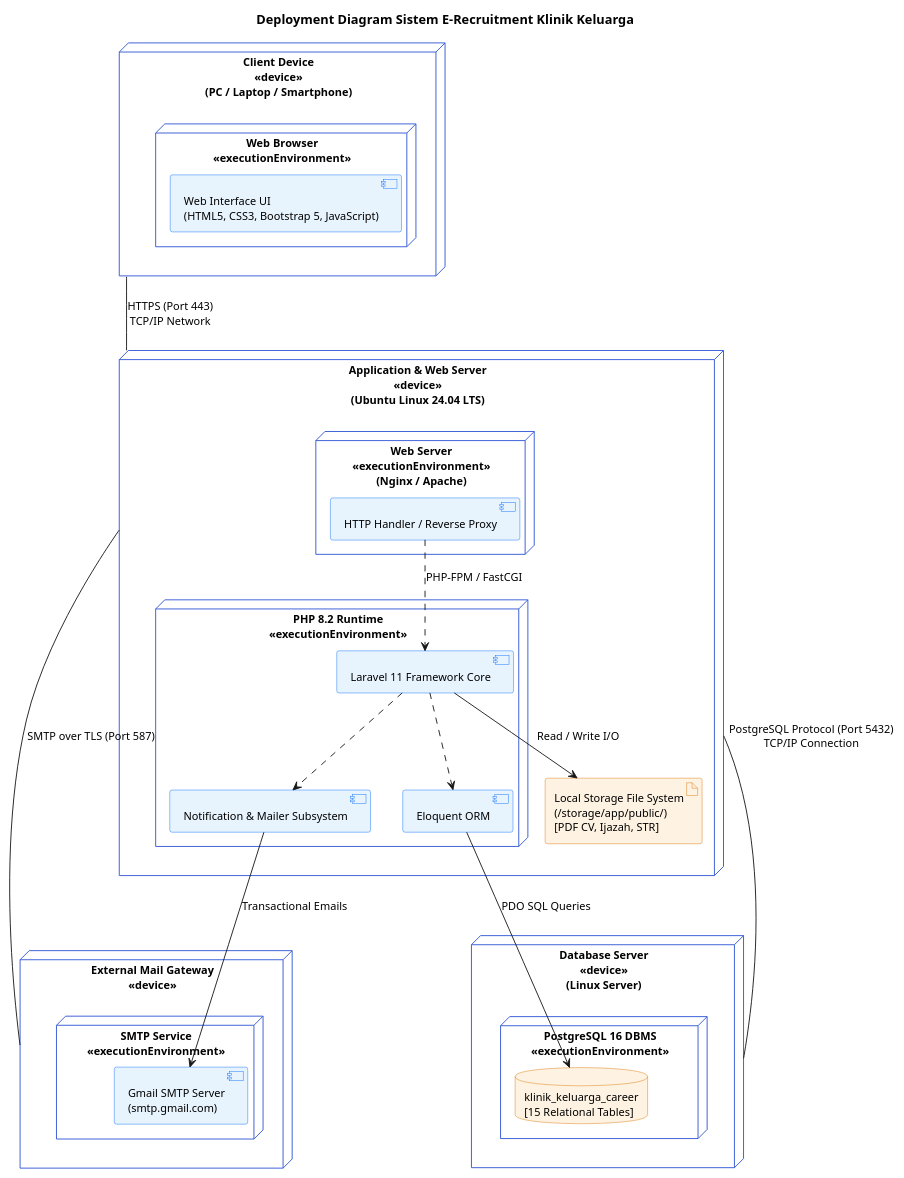
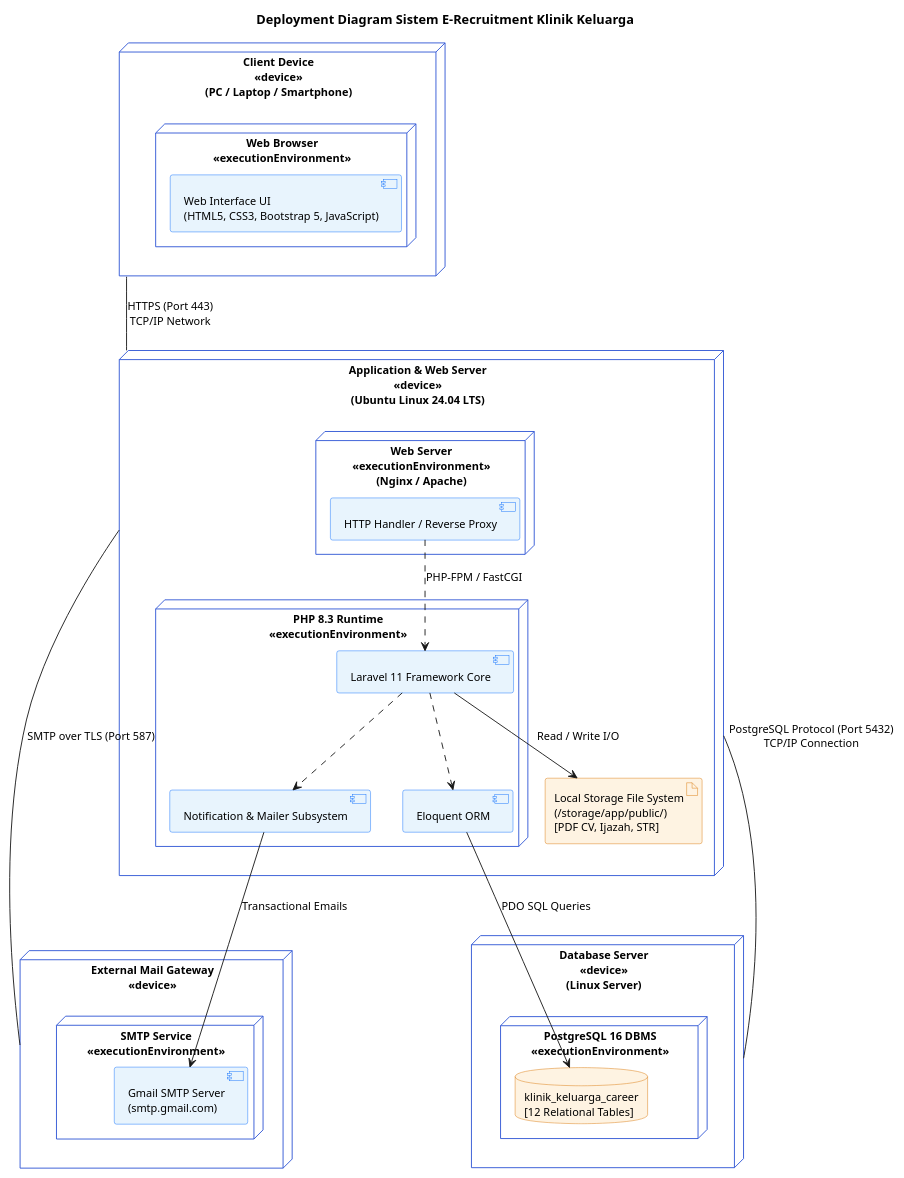
One commit to Madtive-Studio/klinik_keluarga_career changed the diagram in public/assets/diagrams/VP/Deployment_Diagram.puml. Above: the diagram before and after it, drawn with PlantUML. The commit also changed 10 other files, not shown here.

Commit message:
docs: sync deployment, class and sequence diagrams and report with codebase

```diff
--- a/public/assets/diagrams/VP/Deployment_Diagram.puml
+++ b/public/assets/diagrams/VP/Deployment_Diagram.puml
@@ -1,69 +1,69 @@
 @startuml
 skinparam defaultFontName Arial
 skinparam defaultFontSize 12
 
 skinparam node {
   BackgroundColor #FFFFFF
   BorderColor #2F55D4
 }
 skinparam component {
   BackgroundColor #E8F4FD
   BorderColor #0D6EFD
 }
 skinparam artifact {
   BackgroundColor #FEF3E2
   BorderColor #D97706
 }
 skinparam database {
   BackgroundColor #FEF3E2
   BorderColor #D97706
 }
 
 title Deployment Diagram Sistem E-Recruitment Klinik Keluarga
 
 node "Client Device\n<<device>>\n(PC / Laptop / Smartphone)" as Client {
   node "Web Browser\n<<executionEnvironment>>" as Browser {
     component "Web Interface UI\n(HTML5, CSS3, Bootstrap 5, JavaScript)" as WebUI
   }
 }
 
 node "Application & Web Server\n<<device>>\n(Ubuntu Linux 24.04 LTS)" as AppServer {
   node "Web Server\n<<executionEnvironment>>\n(Nginx / Apache)" as WebServer {
     component "HTTP Handler / Reverse Proxy" as Proxy
   }
   
-  node "PHP 8.2 Runtime\n<<executionEnvironment>>" as PHPEnv {
+  node "PHP 8.3 Runtime\n<<executionEnvironment>>" as PHPEnv {
     component "Laravel 11 Framework Core" as LaravelCore
     component "Notification & Mailer Subsystem" as MailerSubsystem
     component "Eloquent ORM" as Eloquent
   }
   
   artifact "Local Storage File System\n(/storage/app/public/)\n[PDF CV, Ijazah, STR]" as Storage
 }
 
 node "Database Server\n<<device>>\n(Linux Server)" as DBServer {
   node "PostgreSQL 16 DBMS\n<<executionEnvironment>>" as PGEnv {
-    database "klinik_keluarga_career\n[15 Relational Tables]" as Database
+    database "klinik_keluarga_career\n[12 Relational Tables]" as Database
   }
 }
 
 node "External Mail Gateway\n<<device>>" as MailServer {
   node "SMTP Service\n<<executionEnvironment>>" as SMTPEnv {
     component "Gmail SMTP Server\n(smtp.gmail.com)" as GmailSMTP
   }
 }
 
 ' Relations
 Client -- AppServer : "HTTPS (Port 443)\nTCP/IP Network"
 Proxy ..> LaravelCore : "PHP-FPM / FastCGI"
 LaravelCore ..> MailerSubsystem
 LaravelCore ..> Eloquent
 LaravelCore --> Storage : "Read / Write I/O"
 
 AppServer -- DBServer : "PostgreSQL Protocol (Port 5432)\nTCP/IP Connection"
 Eloquent --> Database : "PDO SQL Queries"
 
 AppServer -- MailServer : "SMTP over TLS (Port 587)"
 MailerSubsystem --> GmailSMTP : "Transactional Emails"
 
 @enduml
```
